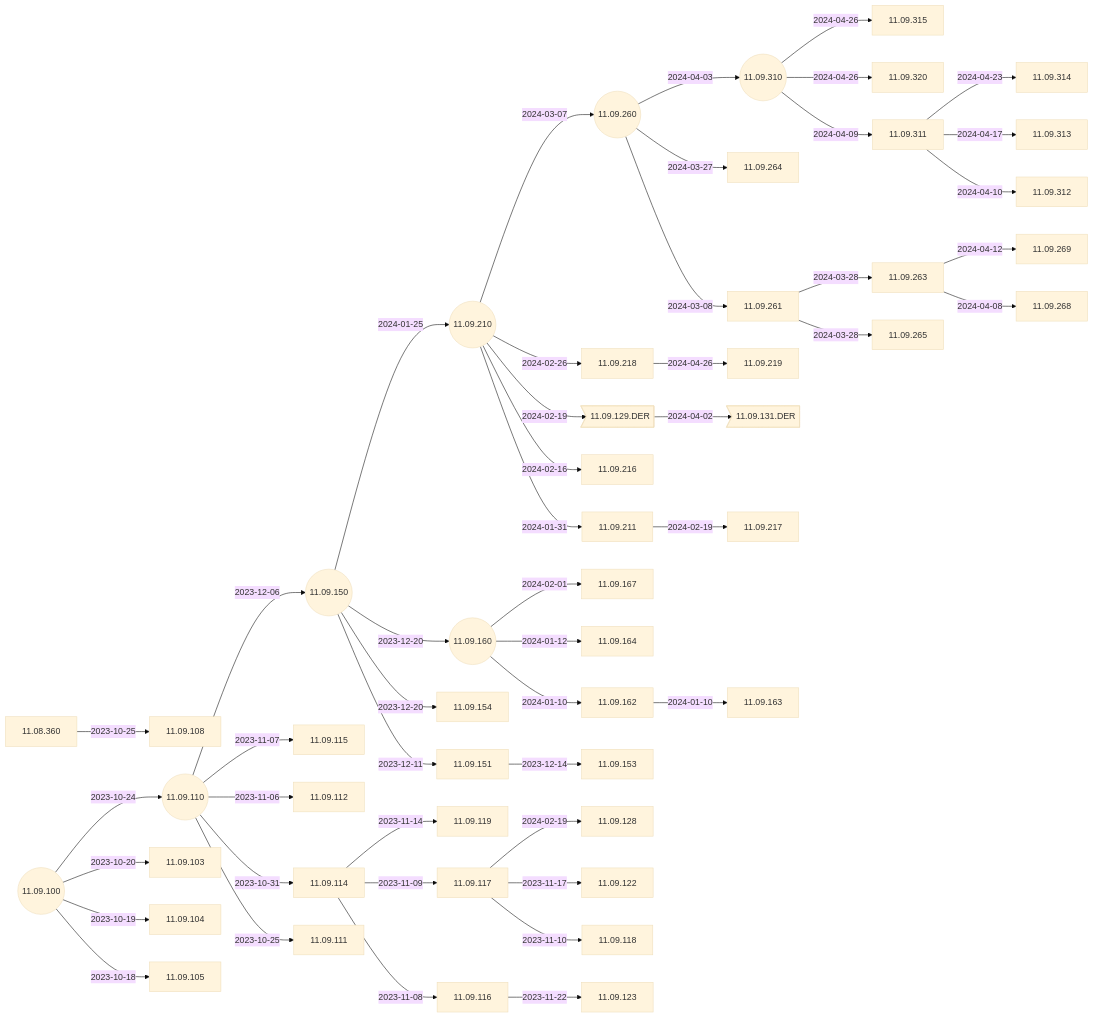
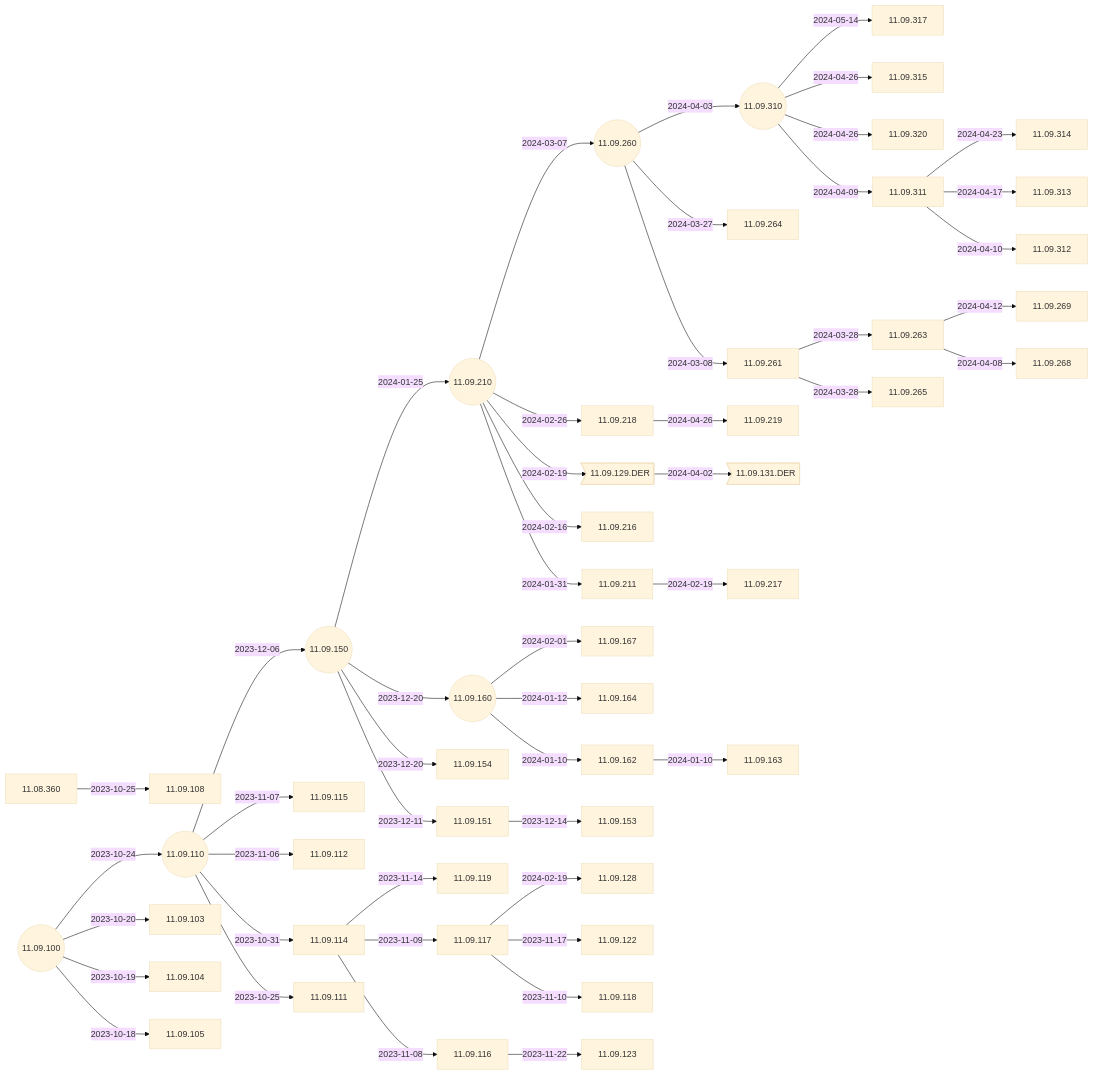
The second of 5 diagrams in docs/Docs/ReleaseNotes/01-OS11/README.md (IGEL-Community/IGEL-Docs-v02), drawn with Mermaid (base theme) before and after one commit. The commit also changed 2 other files, not shown here.

Commit message:
11.09.317 < 11.09.310

````diff
--- a/docs/Docs/ReleaseNotes/01-OS11/README.md
+++ b/docs/Docs/ReleaseNotes/01-OS11/README.md
@@ -41,5 +41,6 @@
 ```mermaid
 flowchart LR
+    11.09.310-- 2024-05-14 -->11.09.317
     11.09.310-- 2024-04-26 -->11.09.315
     11.09.218-- 2024-04-26 -->11.09.219
     11.09.310-- 2024-04-26 -->11.09.320
@@ -88,6 +89,7 @@
     11.09.100-- 2023-10-19 -->11.09.104
     11.09.100-- 2023-10-18 -->11.09.105
     11.09.100((11.09.100))
+    click 11.09.317 "https://github.com/IGEL-Community/IGEL-Docs-v02/tree/main/docs/Docs/ReleaseNotes/01-OS11/readme11.09.317.txt" _blank
     click 11.09.315 "https://github.com/IGEL-Community/IGEL-Docs-v02/tree/main/docs/Docs/ReleaseNotes/01-OS11/readme11.09.315.txt" _blank
     click 11.09.219 "https://github.com/IGEL-Community/IGEL-Docs-v02/tree/main/docs/Docs/ReleaseNotes/01-OS11/readme11.09.219.txt" _blank
     click 11.09.320 "https://github.com/IGEL-Community/IGEL-Docs-v02/tree/main/docs/Docs/ReleaseNotes/01-OS11/readme11.09.320.txt" _blank
````
